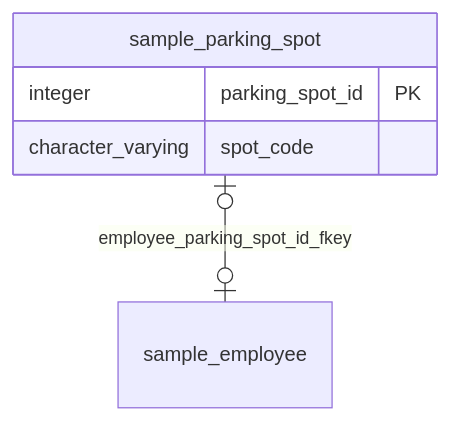
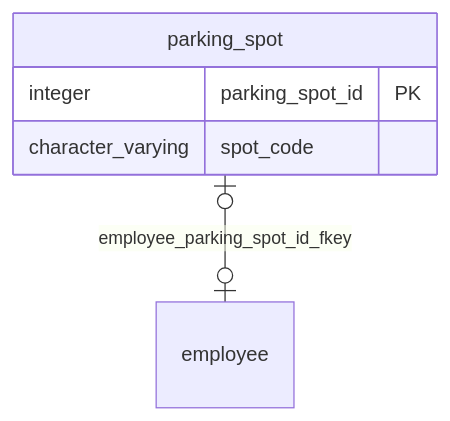
Before and after one commit to ebichan88/exportTableDefinition: the diagram in docs/sample/postgres/output/testdb/sample/table/parking_spot.md, drawn with Mermaid. The commit also changed other lines of this file and 46 other files, not shown here.

First line of the commit message:
ER図のエンティティ表示ラベルをMermaidの別名構文でテーブル名のみに簡素化

````diff
--- a/docs/sample/postgres/output/testdb/sample/table/parking_spot.md
+++ b/docs/sample/postgres/output/testdb/sample/table/parking_spot.md
@@ -56,8 +56,10 @@
 ```mermaid
 erDiagram
+    sample_parking_spot["parking_spot"]
+    sample_employee["employee"]
     sample_parking_spot |o--o| sample_employee : "employee_parking_spot_id_fkey"
     sample_parking_spot {
         integer parking_spot_id PK
         character_varying spot_code
     }
 ```
````
